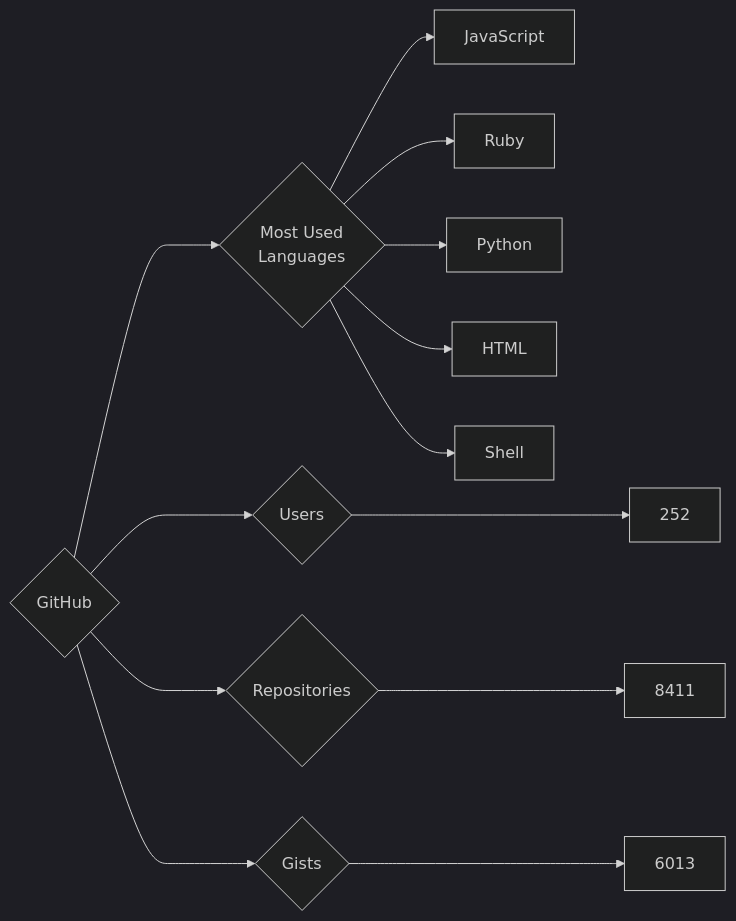
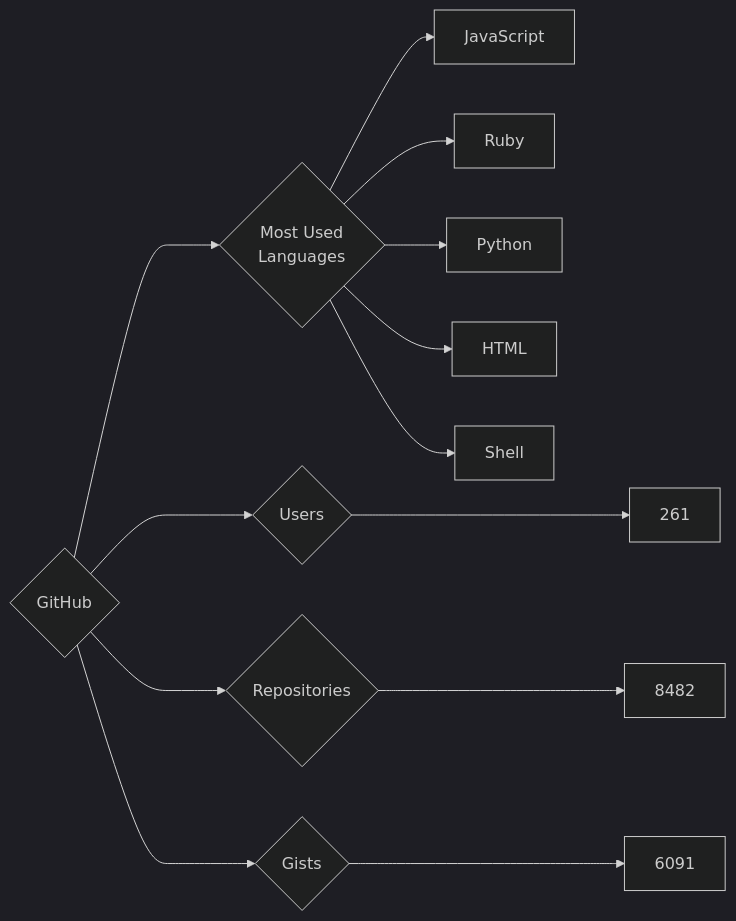
The diagram in targets/GitHub/README.md (trickest/insiders), drawn with Mermaid (dark theme) before and after one commit. The commit also changed 912 other files, not shown here.

````diff
--- a/targets/GitHub/README.md
+++ b/targets/GitHub/README.md
@@ -3,13 +3,13 @@
 ```mermaid
 graph LR
 COMPANY_NAME{GitHub}
-COMPANY_NAME ---> U{Users} ---> UN[252]
-COMPANY_NAME ---> R{Repositories} ---> RN[8411]
-COMPANY_NAME ---> G{Gists} ---> GN[6013]
+COMPANY_NAME ---> U{Users} ---> UN[261]
+COMPANY_NAME ---> R{Repositories} ---> RN[8482]
+COMPANY_NAME ---> G{Gists} ---> GN[6091]
 COMPANY_NAME ---> ML{Most Used<br>Languages}
 ML --> JavaScript[JavaScript]
 ML --> Ruby[Ruby]
 ML --> Python[Python]
 ML --> HTML[HTML]
 ML --> Shell[Shell]
 ```
````
